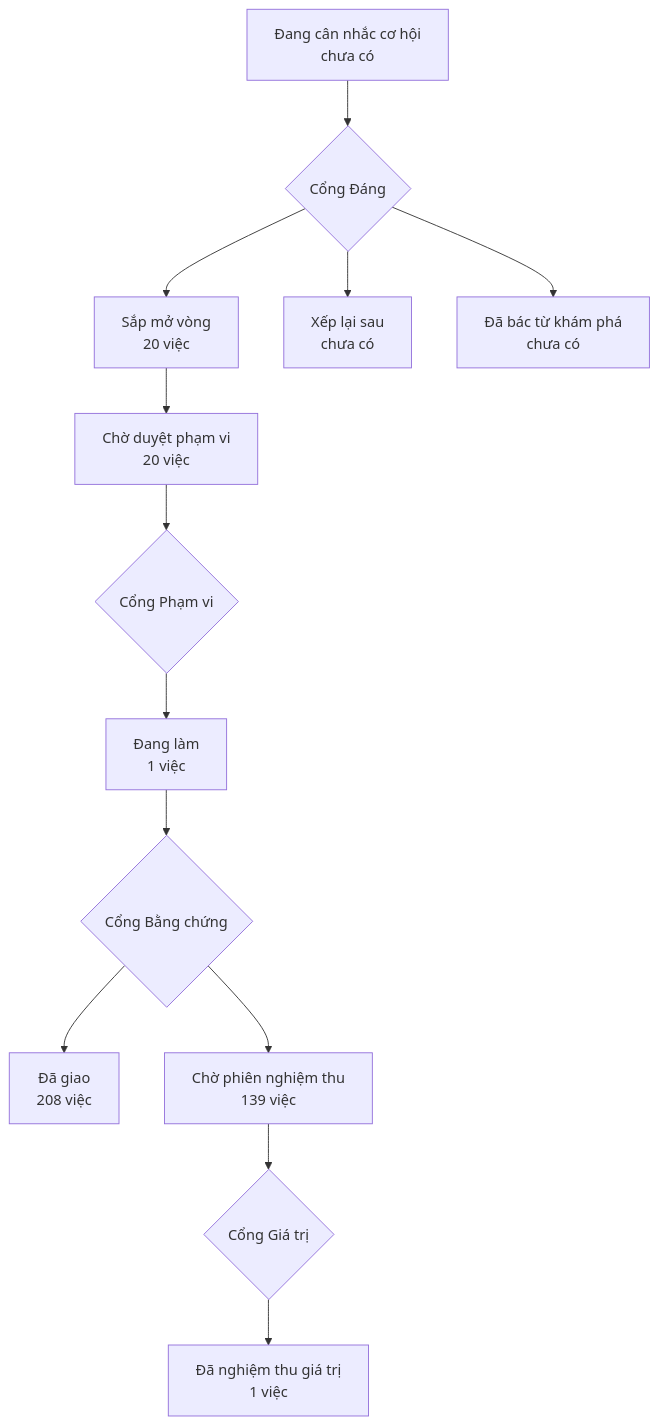
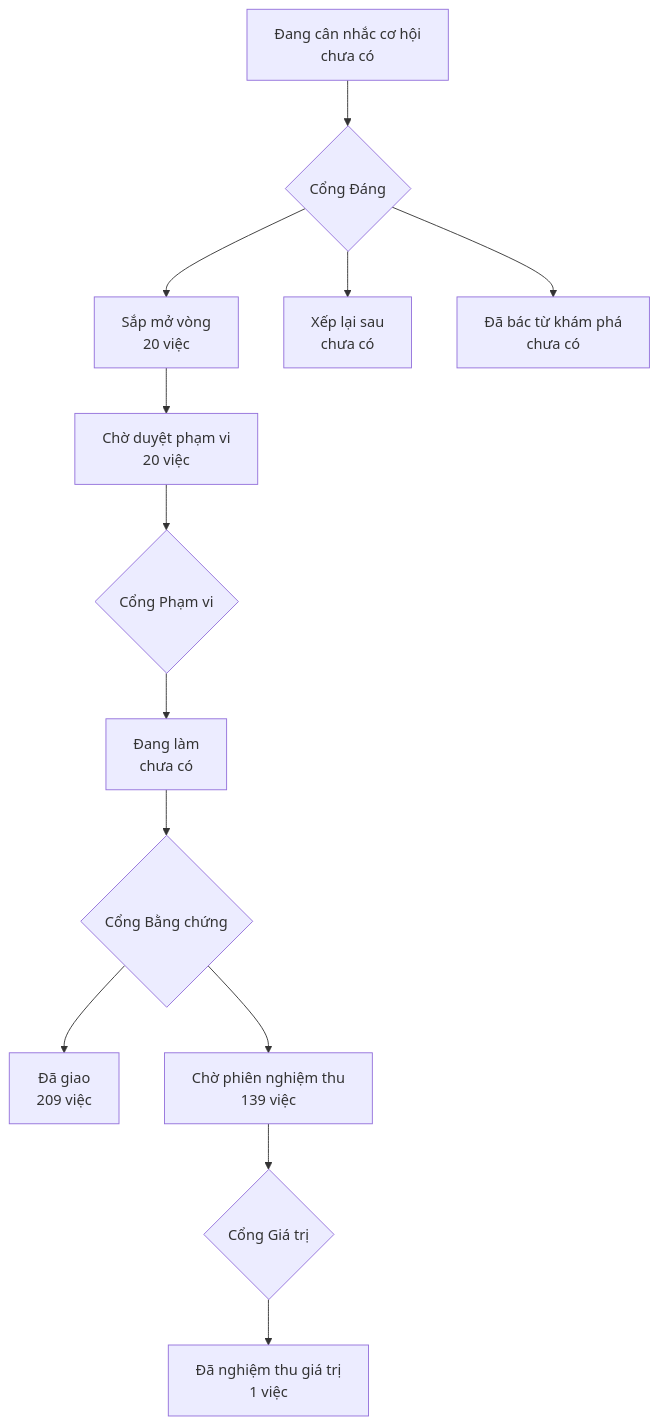
Before and after one commit to phanlemanh/onehub-invest: the diagram in PRODUCT-MAP.md, drawn with Mermaid. The commit also changed other lines of this file and 8 other files, not shown here.

````diff
--- a/PRODUCT-MAP.md
+++ b/PRODUCT-MAP.md
@@ -7,12 +7,12 @@
 ```mermaid
 flowchart TD
   A["Đang cân nhắc cơ hội<br/>chưa có"] --> GD{"Cổng Đáng"}
   GD --> B["Sắp mở vòng<br/>20 việc"]
   GD --> XL["Xếp lại sau<br/>chưa có"]
   GD --> DB["Đã bác từ khám phá<br/>chưa có"]
   B --> CD["Chờ duyệt phạm vi<br/>20 việc"] --> GP{"Cổng Phạm vi"}
-  GP --> DL["Đang làm<br/>1 việc"] --> GB{"Cổng Bằng chứng"}
-  GB --> DG["Đã giao<br/>208 việc"]
+  GP --> DL["Đang làm<br/>chưa có"] --> GB{"Cổng Bằng chứng"}
+  GB --> DG["Đã giao<br/>209 việc"]
   GB --> CN["Chờ phiên nghiệm thu<br/>139 việc"] --> GG{"Cổng Giá trị"}
   GG --> NT["Đã nghiệm thu giá trị<br/>1 việc"]
 ```
````
